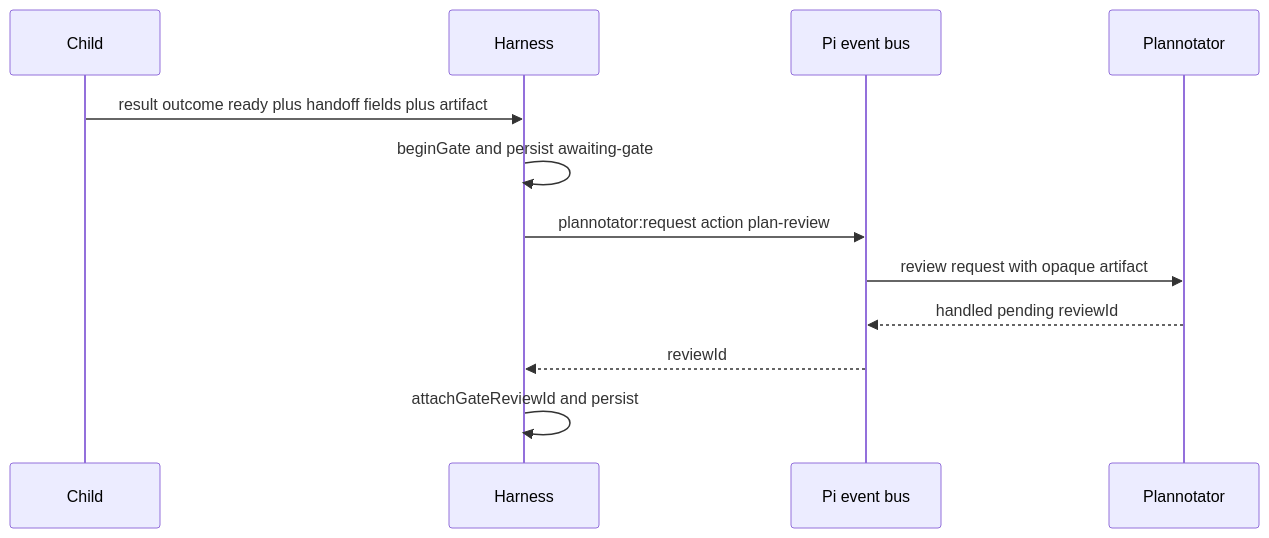
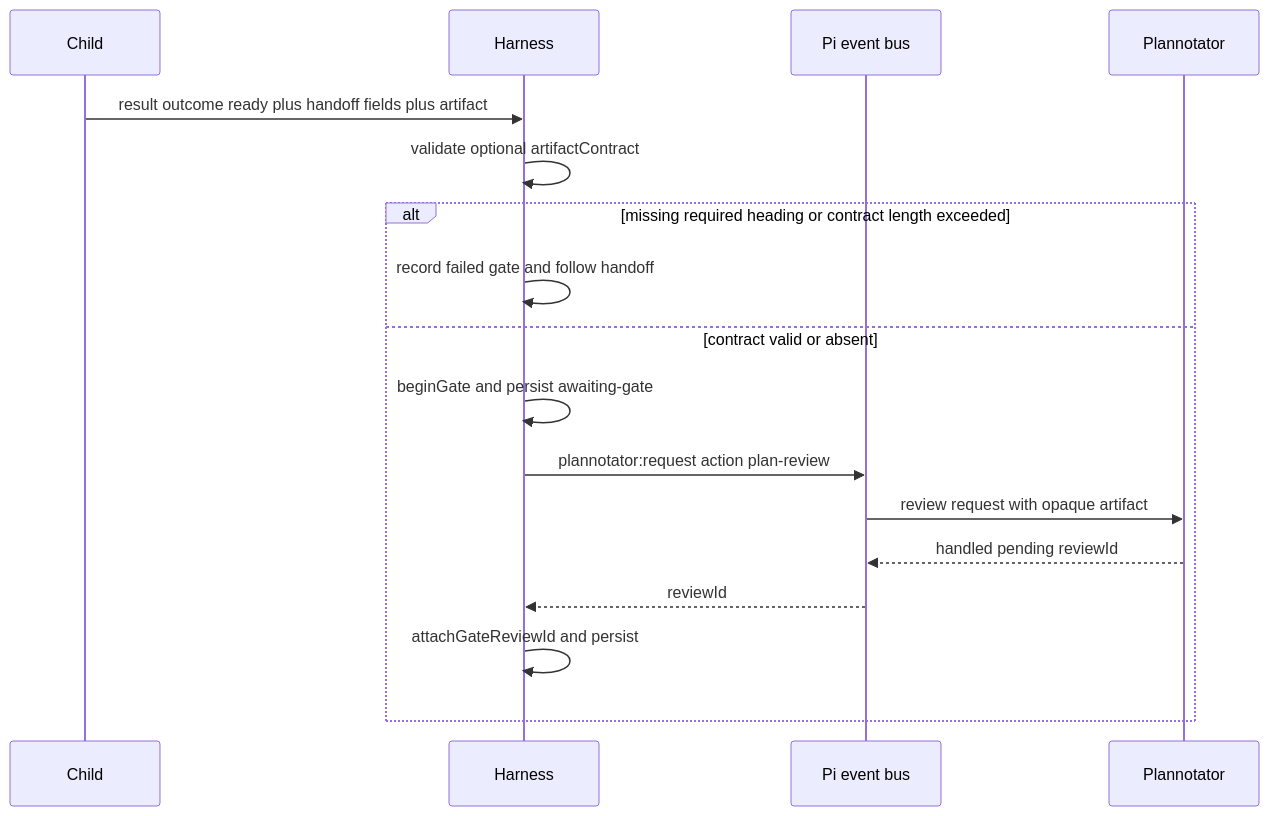
Before and after one commit to wichayutdew/pi-workflows: the third of 6 diagrams in openwiki/integrations/plannotator.md, drawn with Mermaid. The commit also changed other lines of this file and 8 other files, not shown here.

Commit message:
feat: contract failure handoff (#47)

````diff
--- a/openwiki/integrations/plannotator.md
+++ b/openwiki/integrations/plannotator.md
@@ -42,15 +44,20 @@
 ```mermaid
 sequenceDiagram
   participant Child
   participant Harness
   participant Pi as Pi event bus
   participant Review as Plannotator
 
   Child->>Harness: result outcome ready plus handoff fields plus artifact
+  Harness->>Harness: validate optional artifactContract
+  alt missing required heading or contract length exceeded
+    Harness->>Harness: record failed gate and follow handoff
+  else contract valid or absent
   Harness->>Harness: beginGate and persist awaiting-gate
   Harness->>Pi: plannotator:request action plan-review
   Pi->>Review: review request with opaque artifact
   Review-->>Pi: handled pending reviewId
   Pi-->>Harness: reviewId
   Harness->>Harness: attachGateReviewId and persist
+  end
 ```
````
